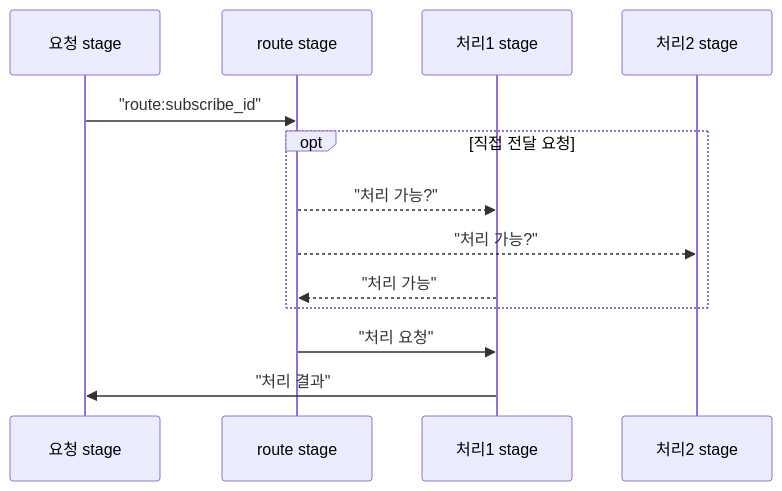
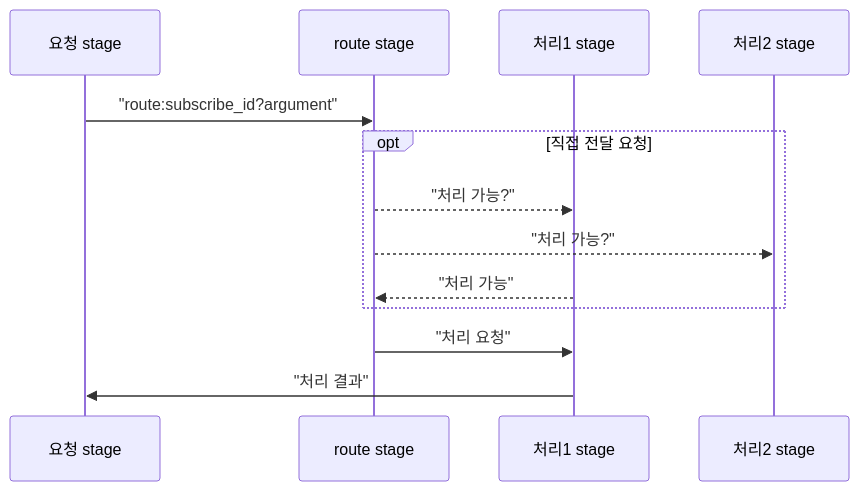
One commit to datumflux/platform changed the second of 2 diagrams in docs/api/stage.md. Above: the diagram before and after it, drawn with Mermaid. The commit also changed other lines of this file, not shown here.

````diff
--- a/docs/api/stage.md
+++ b/docs/api/stage.md
@@ -596,16 +597,16 @@
         ```mermaid
         sequenceDiagram
           participant 요청 stage
           participant route stage
           participant 처리1 stage
           participant 처리2 stage
 
-          요청 stage ->> route stage: "route:subscribe_id"
+          요청 stage ->> route stage: "route:subscribe_id?argument"
           opt 직접 전달 요청
              route stage -->> 처리1 stage: "처리 가능?"
              route stage -->> 처리2 stage: "처리 가능?"
              처리1 stage -->> route stage: "처리 가능"
           end
           route stage ->> 처리1 stage: "처리 요청"
           처리1 stage ->> 요청 stage: "처리 결과"
         ```
````
